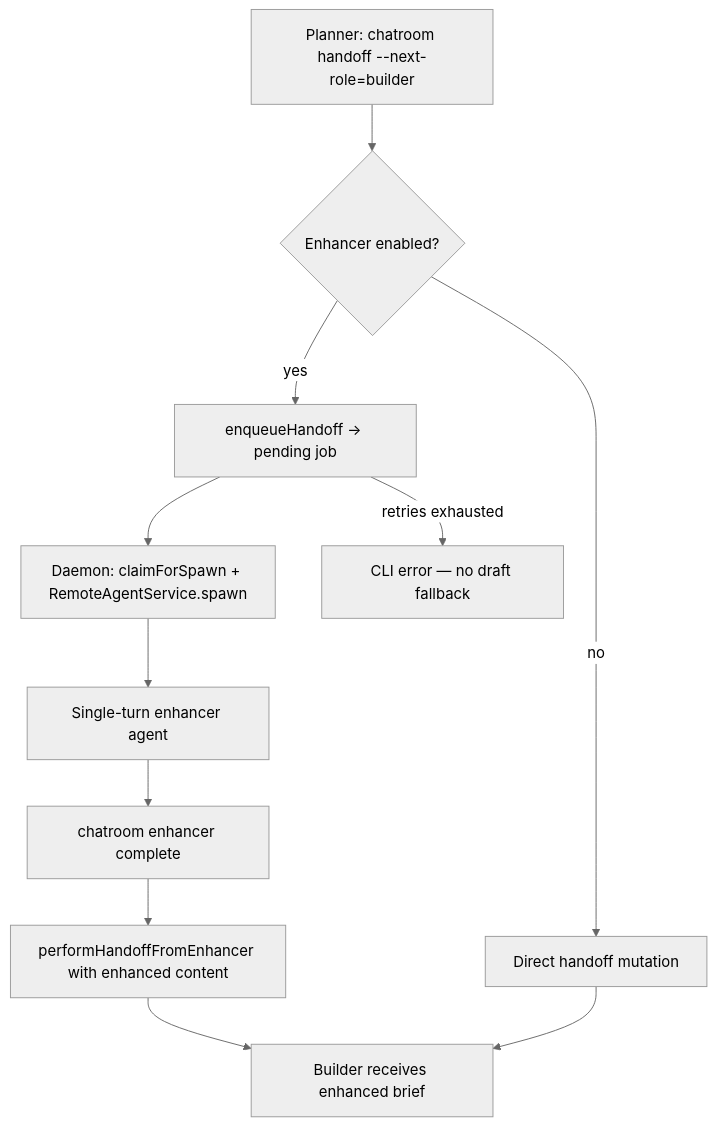
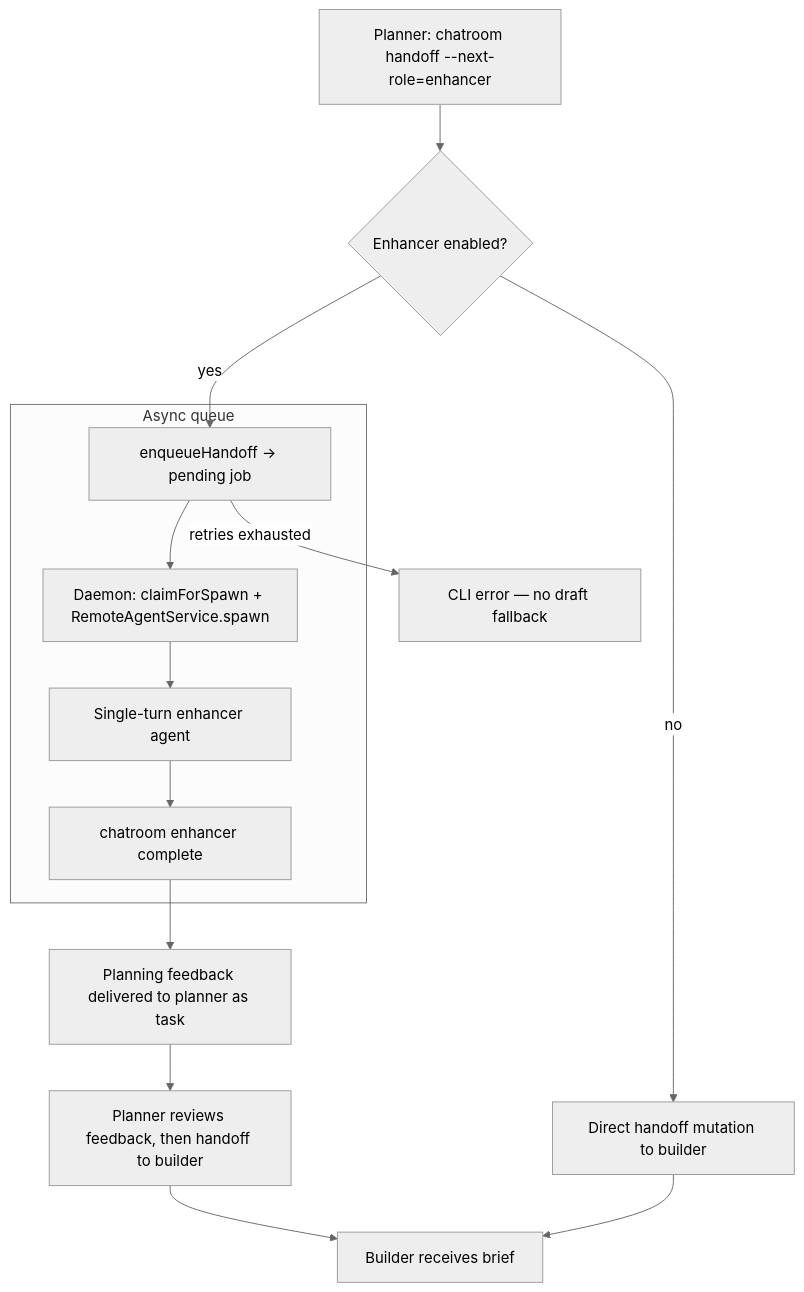
The second of 2 diagrams in docs/plans/enhancers.md (conradkoh/chatroom), drawn with Mermaid (neutral theme) before and after one commit. The commit also changed other lines of this file and 6 other files, not shown here.

Commit message:
docs: update enhancer docs, copy, and comments to reflect planning-review workflow

````diff
--- a/docs/plans/enhancers.md
+++ b/docs/plans/enhancers.md
@@ -70,13 +70,18 @@
 ```mermaid
 flowchart TD
-    P[Planner: chatroom handoff --next-role=builder] --> C{Enhancer enabled?}
-    C -->|no| H[Direct handoff mutation]
-    C -->|yes| E[enqueueHandoff → pending job]
-    E --> D[Daemon: claimForSpawn + RemoteAgentService.spawn]
-    D --> A[Single-turn enhancer agent]
-    A --> X[chatroom enhancer complete]
-    X --> F[performHandoffFromEnhancer with enhanced content]
-    F --> B[Builder receives enhanced brief]
+    P[Planner: chatroom handoff --next-role=enhancer] --> Q{Enhancer enabled?}
+    Q -->|no| H[Direct handoff mutation to builder]
+    Q -->|yes| E[enqueueHandoff → pending job]
+
+    subgraph Async queue
+        E --> D[Daemon: claimForSpawn + RemoteAgentService.spawn]
+        D --> A[Single-turn enhancer agent]
+        A --> C[chatroom enhancer complete]
+    end
+
+    C --> F[Planning feedback delivered to planner as task]
+    F --> P2[Planner reviews feedback, then handoff to builder]
+    P2 --> B[Builder receives brief]
     H --> B
     E -->|retries exhausted| FAIL[CLI error — no draft fallback]
 ```
````
